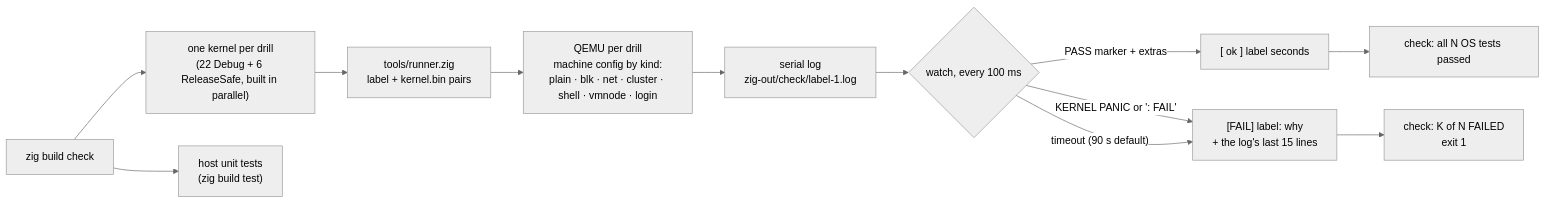
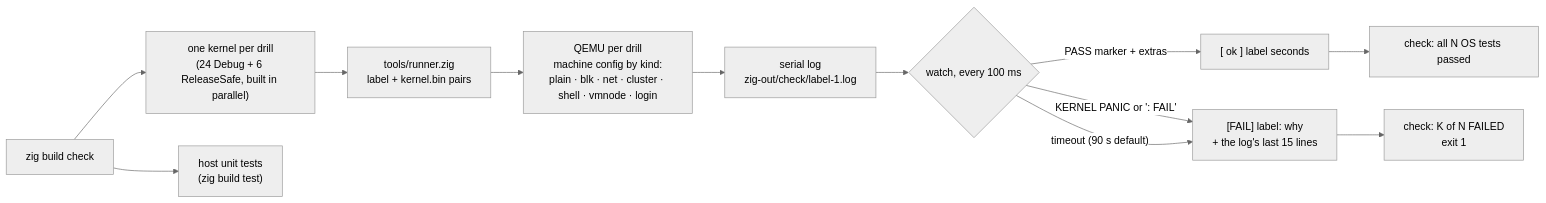
The first of 4 diagrams in docs/testing.md (mylanconnolly/moss), drawn with Mermaid (neutral theme) before and after one commit. The commit also changed 16 other files, not shown here.

````diff
--- a/docs/testing.md
+++ b/docs/testing.md
@@ -33,14 +33,14 @@
 ```mermaid
 flowchart LR
-  B["zig build check"] --> V["one kernel per drill\n(22 Debug + 6 ReleaseSafe, built in parallel)"]
+  B["zig build check"] --> V["one kernel per drill\n(24 Debug + 6 ReleaseSafe, built in parallel)"]
   B --> H["host unit tests\n(zig build test)"]
   V --> R["tools/runner.zig\nlabel + kernel.bin pairs"]
   R --> Q["QEMU per drill\nmachine config by kind:\nplain · blk · net · cluster · shell · vmnode · login"]
   Q --> L["serial log\nzig-out/check/label-1.log"]
   L --> W{"watch, every 100 ms"}
   W -- "PASS marker + extras" --> OK["[ ok ] label  seconds"]
   W -- "KERNEL PANIC or ': FAIL'" --> F["[FAIL] label: why\n+ the log's last 15 lines"]
   W -- "timeout (90 s default)" --> F
   OK --> S["check: all N OS tests passed"]
   F --> S2["check: K of N FAILED\nexit 1"]
 ```
````
